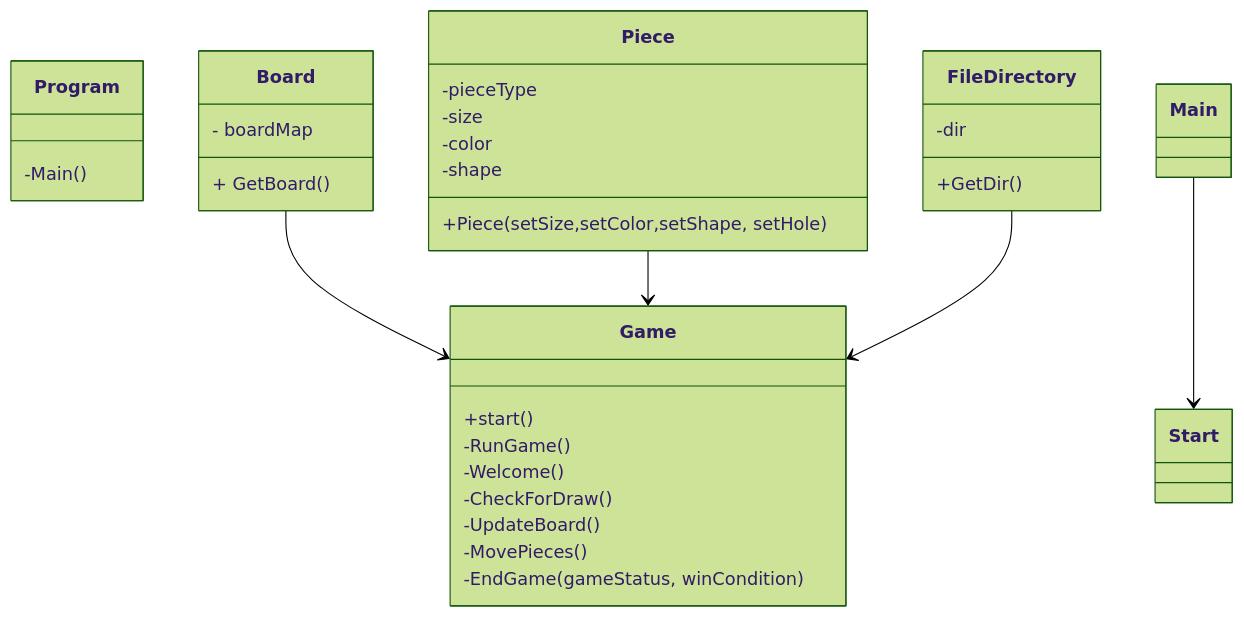
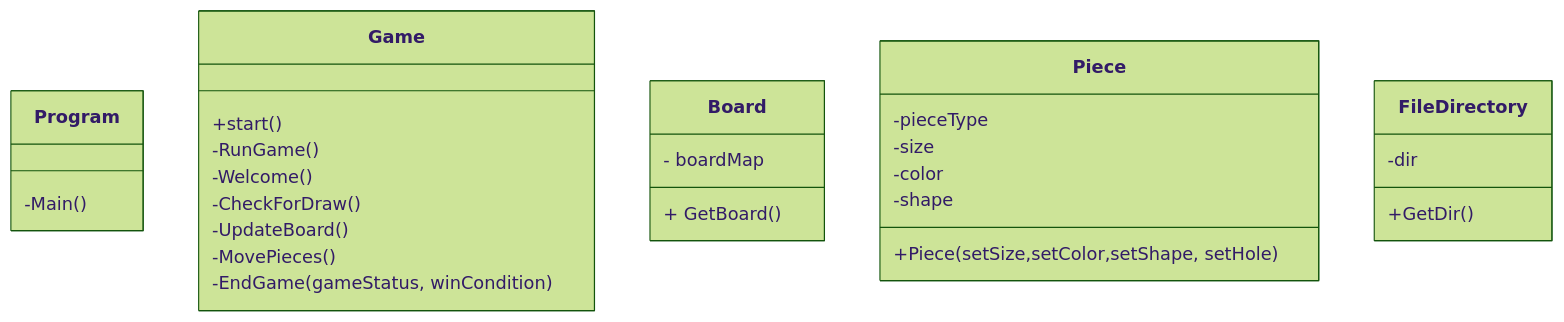
Before and after one commit to bryanb619/GaloDaVelha: the diagram in README.md, drawn with Mermaid (forest theme). The commit also changed other lines of this file, not shown here.

````diff
--- a/README.md
+++ b/README.md
@@ -73,39 +75,35 @@
 ```mermaid
 classDiagram
     class Program{
     -Main()
     }
 
     class Game {
         +start()
         -RunGame()
         -Welcome()
         -CheckForDraw()
         -UpdateBoard()
         -MovePieces()
         -EndGame(gameStatus, winCondition)
     }
 
     class Board {
       - boardMap
       + GetBoard()
       
     }
     class Piece {
       -pieceType
       -size
       -color
       -shape
       +Piece(setSize,setColor,setShape, setHole)
     }
     class FileDirectory {
       -dir
       +GetDir()
     }
     
-    Main --> Start
-    Board --> Game
-    Piece --> Game
-    FileDirectory --> Game
 
 ```
````
